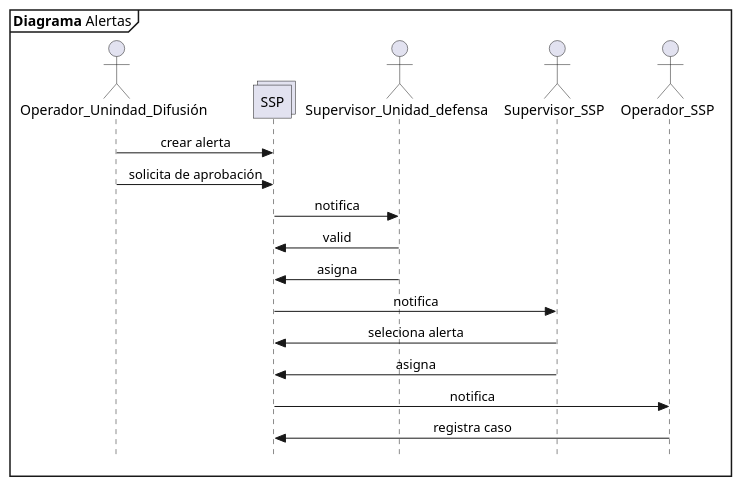
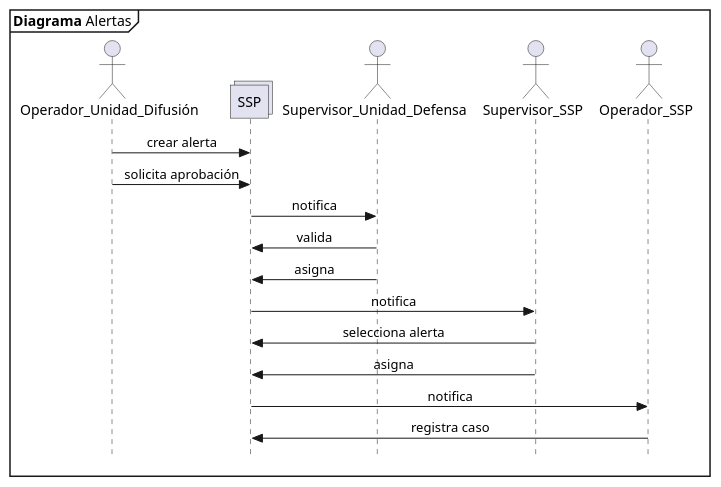
Before and after one commit to n1m0d0/defdiag: the diagram in propuesta SSP/19 registro de alertas.plantuml, drawn with PlantUML. The commit also changed 7 other files, not shown here.

```diff
--- a/propuesta SSP/19 registro de alertas.plantuml
+++ b/propuesta SSP/19 registro de alertas.plantuml
@@ -1,23 +1,23 @@
 @startuml Diagrama_Alertas
 skinparam Style strictuml
 skinparam SequenceMessageAlignment center
 
 mainframe **Diagrama** Alertas
-actor Operador_Unindad_Difusión as opedif
+actor Operador_Unidad_Difusión as opedif
 collections SSP
-actor Supervisor_Unidad_defensa as supdef
+actor Supervisor_Unidad_Defensa as supdef
 actor Supervisor_SSP as supssp
 actor Operador_SSP as opssp
 
 opedif->SSP: crear alerta
-opedif->SSP: solicita de aprobación
+opedif->SSP: solicita aprobación
 SSP->supdef: notifica
-supdef->SSP: valid
+supdef->SSP: valida
 supdef->SSP: asigna
 SSP->supssp: notifica
-supssp->SSP: seleciona alerta
+supssp->SSP: selecciona alerta
 supssp->SSP: asigna
 SSP->opssp: notifica
 opssp->SSP: registra caso
 
 @enduml
```
